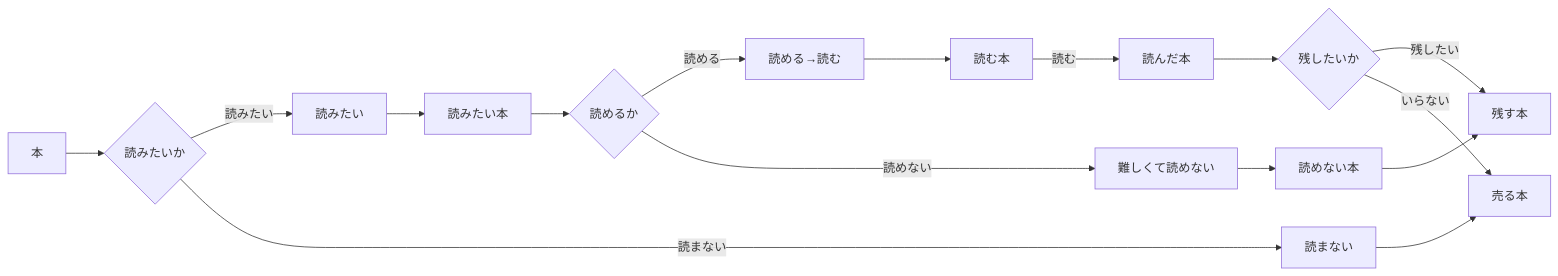
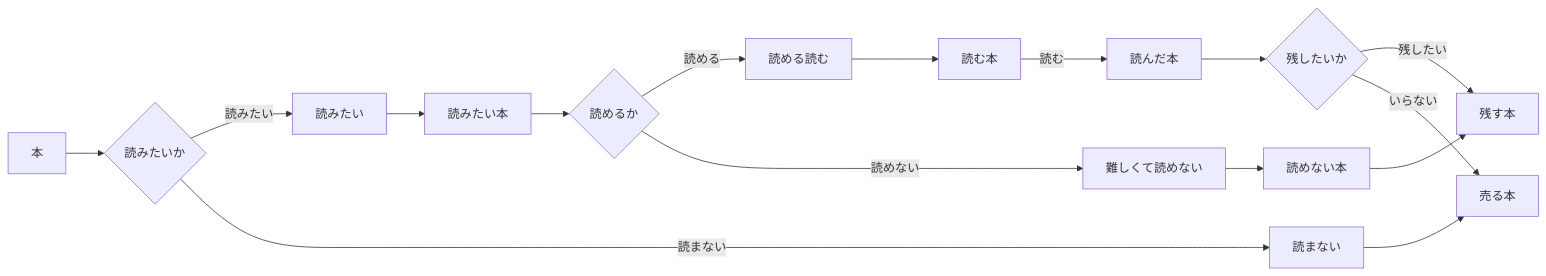
The diagram in docs/000_rule/book.md (nakamurk/nakamurk.github.io), drawn with Mermaid before and after one commit.

````diff
--- a/docs/000_rule/book.md
+++ b/docs/000_rule/book.md
@@ -6,23 +6,23 @@
 ```mermaid
 flowchart LR
 
 B1[本] --> Q1{読みたいか}
 Q1 -->|読みたい| A11[読みたい]
 A11 --> B2[読みたい本]
 Q1 -->|読まない| A12[読まない]
 A12 --> B3[売る本]
 
 B2 --> Q2{読めるか}
-Q2 -->|読める| A21[読める→読む]
+Q2 -->|読める| A21[読める読む]
 A21 --> B4[読む本]
 Q2 -->|読めない| A22[難しくて読めない]
 A22 --> B5[読めない本]
 
 B4 -->|読む| B6[読んだ本]
 B5 --> B7[残す本]
 
 B6 --> Q3{残したいか}
 Q3 -->|残したい| B7
 Q3 -->|いらない| B3
 
 ```
````
